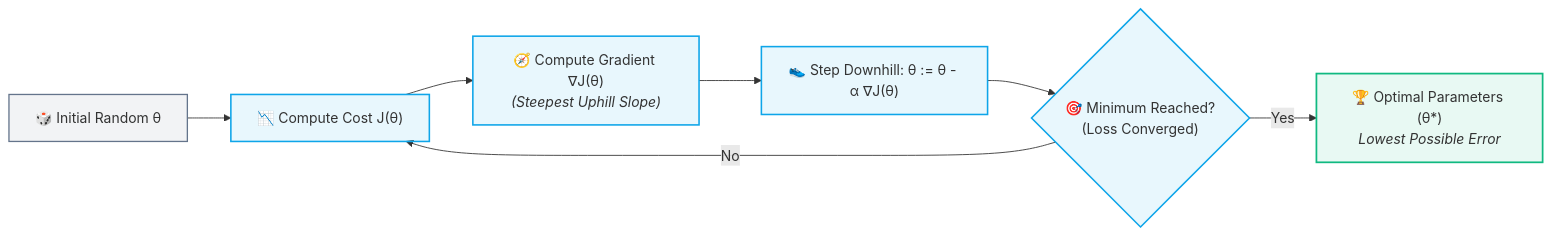
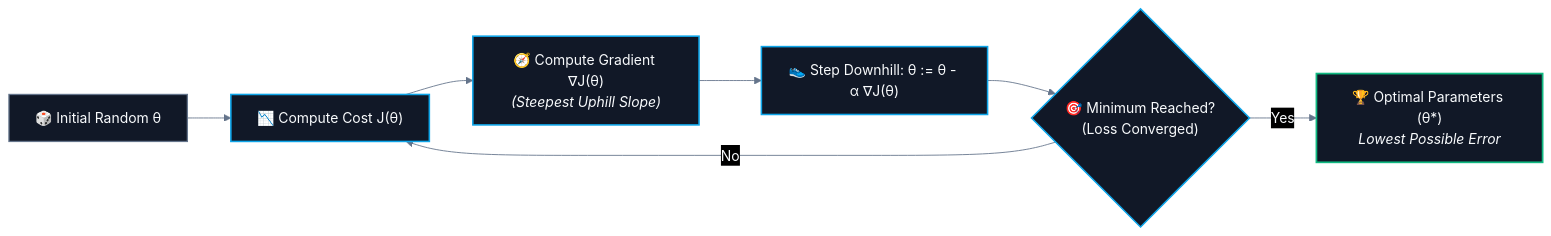
Before and after one commit to abhinavbharti2345/CS_Notes: the first of 3 diagrams in CS/AI & ML/01. Classical ML/08. Gradient Descent and Cost Functions.md, drawn with Mermaid. The commit also changed other lines of this file and 195 other files, not shown here.

````diff
--- a/CS/AI & ML/01. Classical ML/08. Gradient Descent and Cost Functions.md
+++ b/CS/AI & ML/01. Classical ML/08. Gradient Descent and Cost Functions.md
@@ -40,17 +40,18 @@
 ```mermaid
+%%{init: {'theme': 'base', 'themeVariables': { 'darkMode': true, 'background': '#0B0F14', 'mainBkg': '#111827', 'primaryColor': '#111827', 'primaryTextColor': '#F8FAFC', 'primaryBorderColor': '#38BDF8', 'lineColor': '#64748B', 'secondaryColor': '#0B0F14', 'tertiaryColor': '#0B0F14', 'clusterBkg': '#0B0F14', 'clusterBorder': '#38BDF8' }}}%%
 flowchart LR
     Init["🎲 Initial Random θ"] --> Cost["📉 Compute Cost J(θ)"]
     Cost --> Grad["🧭 Compute Gradient ∇J(θ)<br/><i>(Steepest Uphill Slope)</i>"]
     Grad --> Step["👟 Step Downhill: θ := θ - α ∇J(θ)"]
     Step --> Check{"🎯 Minimum Reached?<br/>(Loss Converged)"}
     Check -- No --> Cost
     Check -- Yes --> Optimal["🏆 Optimal Parameters (θ*)<br/><i>Lowest Possible Error</i>"]
 
-    classDef init fill:#64748b15,stroke:#64748b,stroke-width:1.5px;
-    classDef step fill:#0ea5e918,stroke:#0ea5e9,stroke-width:1.8px;
-    classDef opt fill:#10b98118,stroke:#10b981,stroke-width:2px;
+    classDef init fill:#111827,stroke:#64748b,stroke-width:1.5px,color:#F8FAFC;
+    classDef step fill:#111827,stroke:#0ea5e9,stroke-width:1.8px,color:#F8FAFC;
+    classDef opt fill:#111827,stroke:#10b981,stroke-width:2px,color:#F8FAFC;
 
     class Init init;
     class Cost,Grad,Step,Check step;
     class Optimal opt;
 ```
````
